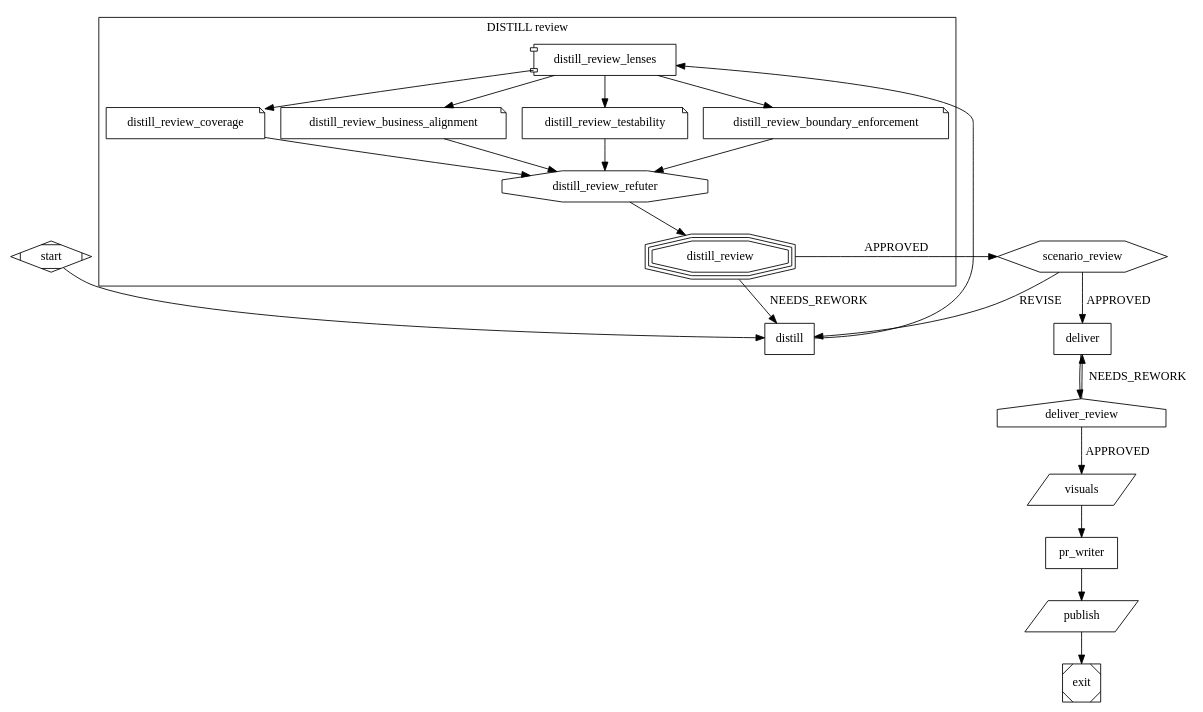
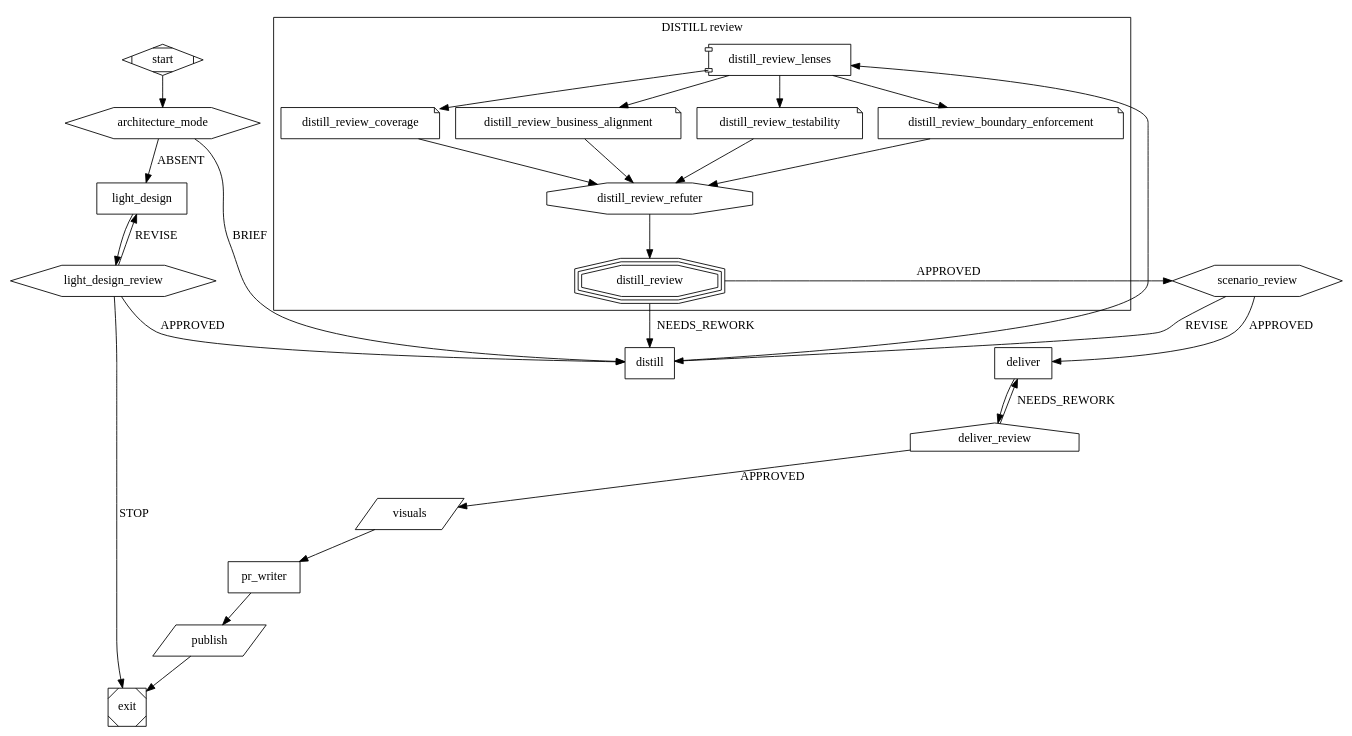
One commit to SebastienDegodez/skraft-plugin changed the diagram in plugins/skraft-deliver/workflows/pipeline.skraft.dot. Above: the diagram before and after it, drawn with Graphviz. The commit also changed 33 other files, not shown here.

```diff
--- a/plugins/skraft-deliver/workflows/pipeline.skraft.dot
+++ b/plugins/skraft-deliver/workflows/pipeline.skraft.dot
@@ -1,39 +1,48 @@
 digraph deliver {
   graph [version="2", goal="Deliver the story", input_architecture="optional", input_story="required"]
 
   start    [shape=Mdiamond]
+  architecture_mode [shape=hexagon, question="architecture-mode", phase="DESIGN"]
+  light_design [shape=box, agent="deliver-light-designer", phase="DESIGN"]
+  light_design_review [shape=hexagon, question="light-design-review"]
   distill  [shape=box, agent="deliver-acceptance-designer", phase="DISTILL"]
   subgraph cluster_distill_review {
     label="DISTILL review"
     distill_review_lenses [shape=component]
     distill_review_coverage [shape=note, lens="coverage"]
     distill_review_business_alignment [shape=note, lens="business-alignment"]
     distill_review_testability [shape=note, lens="testability"]
     distill_review_boundary_enforcement [shape=note, lens="boundary-enforcement"]
     distill_review_refuter [shape=octagon, mandatory=true]
     distill_review [shape=tripleoctagon, mandatory=true]
   }
   scenario_review [shape=hexagon, question="scenario-review"]
   deliver  [shape=box, agent="deliver-software-engineer", phase="DELIVER"]
   deliver_review [shape=house, workflow="review", mandatory=true]
   visuals  [shape=parallelogram, publish="playwright-visuals", when="frontend"]
   pr_writer [shape=box, agent="deliver-pr-writer", phase="PUBLISH"]
   publish  [shape=parallelogram, publish="pull-request"]
   exit     [shape=Msquare]
 
-  start -> distill
+  start -> architecture_mode
+  architecture_mode -> distill [label="BRIEF"]
+  architecture_mode -> light_design [label="ABSENT"]
+  light_design -> light_design_review
+  light_design_review -> distill [label="APPROVED"]
+  light_design_review -> light_design [label="REVISE", max_visits=2]
+  light_design_review -> exit [label="STOP"]
   distill -> distill_review_lenses
   distill_review_lenses -> distill_review_coverage -> distill_review_refuter
   distill_review_lenses -> distill_review_business_alignment -> distill_review_refuter
   distill_review_lenses -> distill_review_testability -> distill_review_refuter
   distill_review_lenses -> distill_review_boundary_enforcement -> distill_review_refuter
   distill_review_refuter -> distill_review
   distill_review -> distill [label="NEEDS_REWORK", max_visits=2]
   distill_review -> scenario_review [label="APPROVED"]
   scenario_review -> deliver [label="APPROVED"]
   scenario_review -> distill [label="REVISE", max_visits=2]
   deliver -> deliver_review
   deliver_review -> deliver [label="NEEDS_REWORK", max_visits=2]
   deliver_review -> visuals [label="APPROVED"]
   visuals -> pr_writer -> publish -> exit
 }
```
